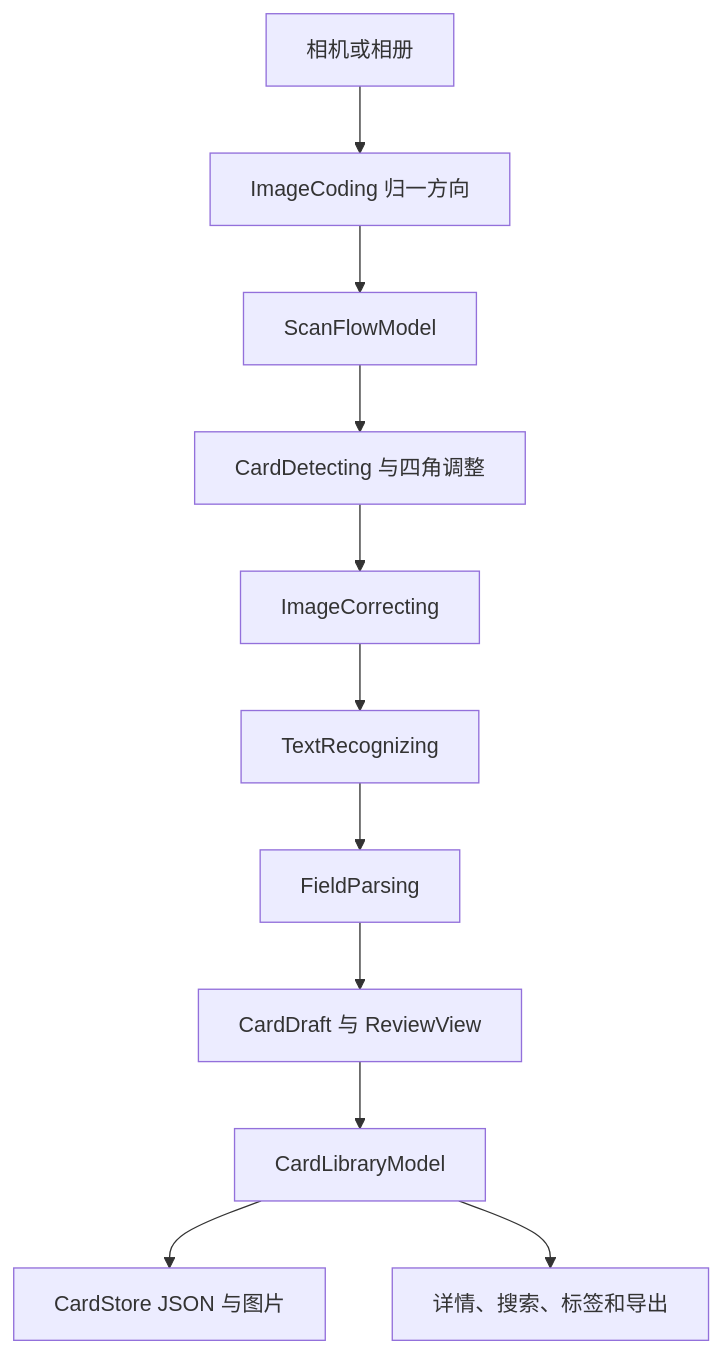
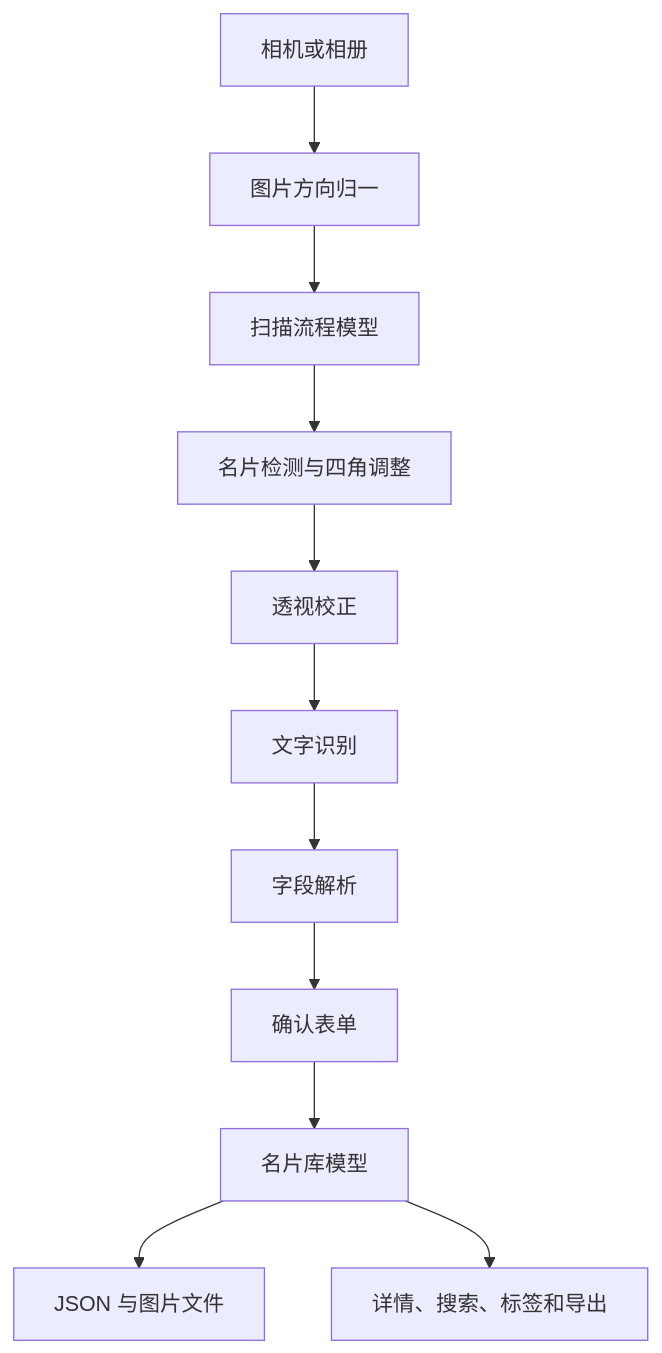
One commit to wendaining/cam-card-replica changed the diagram in docs/reports/final-report.md. Above: the diagram before and after it, drawn with Mermaid. The commit also changed other lines of this file and 15 other files, not shown here.

````diff
--- a/docs/reports/final-report.md
+++ b/docs/reports/final-report.md
@@ -116,13 +51,13 @@
 ```mermaid
 flowchart TD
-    A[相机或相册] --> B[ImageCoding 归一方向]
-    B --> C[ScanFlowModel]
-    C --> D[CardDetecting 与四角调整]
-    D --> E[ImageCorrecting]
-    E --> F[TextRecognizing]
-    F --> G[FieldParsing]
-    G --> H[CardDraft 与 ReviewView]
-    H --> I[CardLibraryModel]
-    I --> J[CardStore JSON 与图片]
+    A[相机或相册] --> B[图片方向归一]
+    B --> C[扫描流程模型]
+    C --> D[名片检测与四角调整]
+    D --> E[透视校正]
+    E --> F[文字识别]
+    F --> G[字段解析]
+    G --> H[确认表单]
+    H --> I[名片库模型]
+    I --> J[JSON 与图片文件]
     I --> K[详情、搜索、标签和导出]
 ```
````
